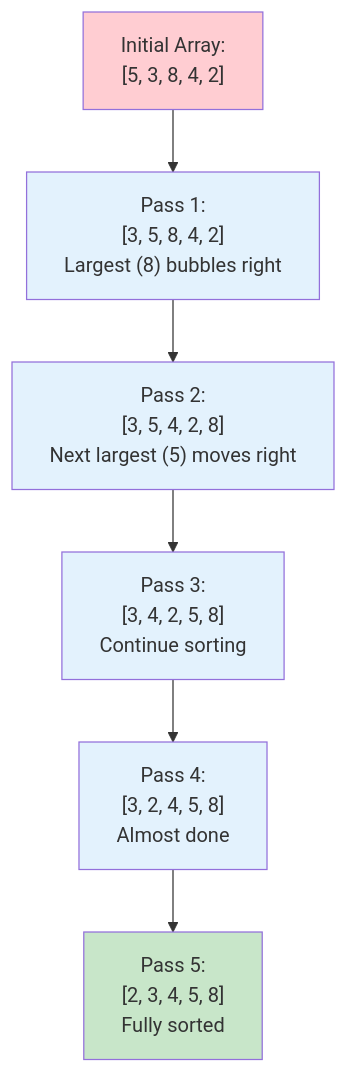
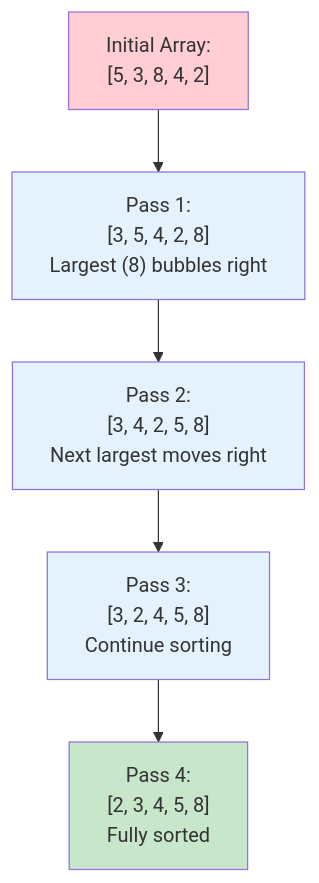
The fourth of 4 diagrams in lesson.md (su-ntu-sctp/ai-3.5-data-structures-and-algorithms-p2), drawn with Mermaid before and after one commit. The commit also changed other lines of this file and 3 other files, not shown here.

````diff
--- a/lesson.md
+++ b/lesson.md
@@ -658,22 +459,19 @@
 ```mermaid
 graph TD
     Start["Initial Array:<br/>[5, 3, 8, 4, 2]"]
-    Pass1["Pass 1:<br/>[3, 5, 8, 4, 2]<br/>Largest (8) bubbles right"]
-    Pass2["Pass 2:<br/>[3, 5, 4, 2, 8]<br/>Next largest (5) moves right"]
-    Pass3["Pass 3:<br/>[3, 4, 2, 5, 8]<br/>Continue sorting"]
-    Pass4["Pass 4:<br/>[3, 2, 4, 5, 8]<br/>Almost done"]
-    Pass5["Pass 5:<br/>[2, 3, 4, 5, 8]<br/>Fully sorted"]
+    Pass1["Pass 1:<br/>[3, 5, 4, 2, 8]<br/>Largest (8) bubbles right"]
+    Pass2["Pass 2:<br/>[3, 4, 2, 5, 8]<br/>Next largest moves right"]
+    Pass3["Pass 3:<br/>[3, 2, 4, 5, 8]<br/>Continue sorting"]
+    Pass4["Pass 4:<br/>[2, 3, 4, 5, 8]<br/>Fully sorted"]
 
     Start --> Pass1
     Pass1 --> Pass2
     Pass2 --> Pass3
     Pass3 --> Pass4
-    Pass4 --> Pass5
 
     style Start fill:#ffcdd2
     style Pass1 fill:#e3f2fd
     style Pass2 fill:#e3f2fd
     style Pass3 fill:#e3f2fd
-    style Pass4 fill:#e3f2fd
-    style Pass5 fill:#c8e6c9
+    style Pass4 fill:#c8e6c9
 ```
````
